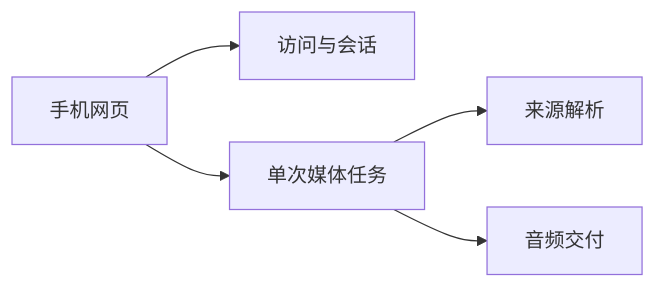
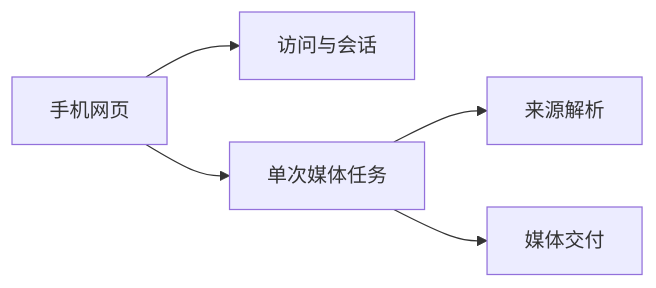
Before and after one commit to YoungerYang-Y/soundpick: the diagram in docs/DOMAINS.md, drawn with Mermaid. The commit also changed other lines of this file and 8 other files, not shown here.

First line of the commit message:
docs(architecture): 同步双媒体临时保留与交付约束

````diff
--- a/docs/DOMAINS.md
+++ b/docs/DOMAINS.md
@@ -23,7 +23,7 @@
 ```mermaid
 flowchart LR
   Web[手机网页] --> Access[访问与会话]
   Web --> Task[单次媒体任务]
   Task --> Resolver[来源解析]
-  Task --> Delivery[音频交付]
+  Task --> Delivery[媒体交付]
 ```
````
